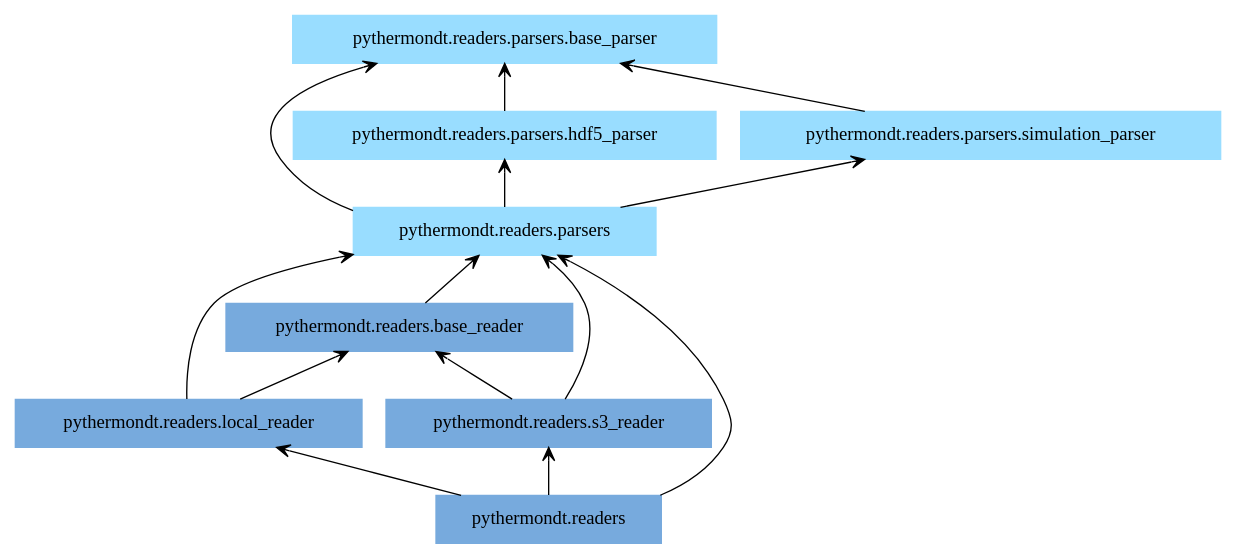
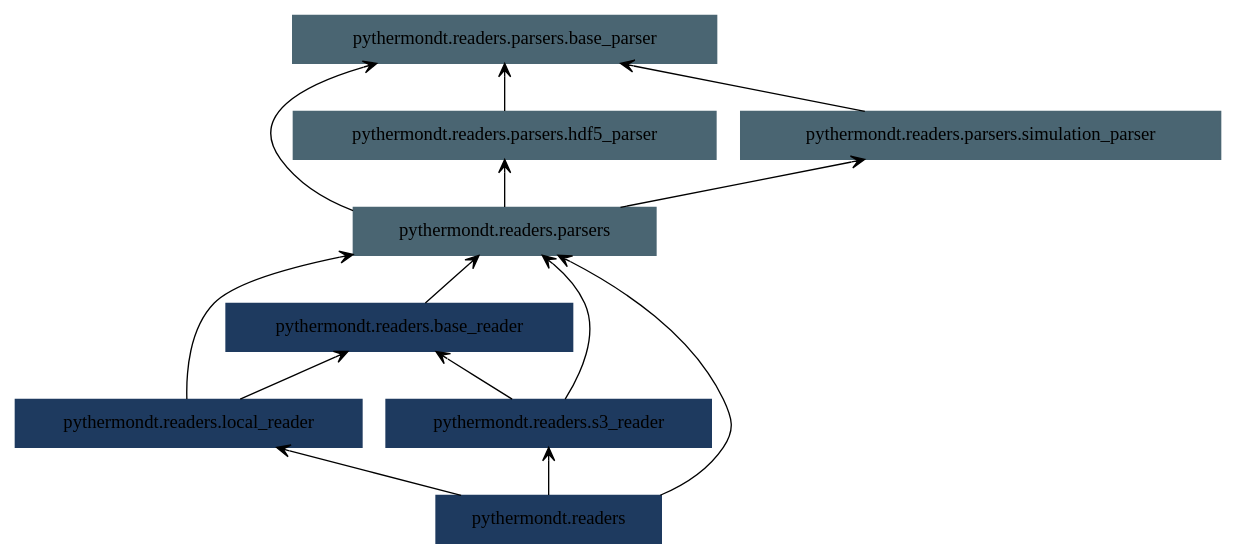
The diagram in docs/pyreverse/packages_pythermondt.readers.gv (voidsy-gmbh/pyThermoNDT), drawn with Graphviz before and after one commit. The commit also changed 25 other files, not shown here.

Commit message:
Update pyreverse diagrams

```diff
--- a/docs/pyreverse/packages_pythermondt.readers.gv
+++ b/docs/pyreverse/packages_pythermondt.readers.gv
@@ -1,25 +1,25 @@
 digraph "packages_pythermondt.readers" {
 rankdir=BT
 charset="utf-8"
-"pythermondt.readers" [color="#77AADD", label=<pythermondt.readers>, shape="box", style="filled"];
-"pythermondt.readers.base_reader" [color="#77AADD", label=<pythermondt.readers.base_reader>, shape="box", style="filled"];
-"pythermondt.readers.local_reader" [color="#77AADD", label=<pythermondt.readers.local_reader>, shape="box", style="filled"];
-"pythermondt.readers.parsers" [color="#99DDFF", label=<pythermondt.readers.parsers>, shape="box", style="filled"];
-"pythermondt.readers.parsers.base_parser" [color="#99DDFF", label=<pythermondt.readers.parsers.base_parser>, shape="box", style="filled"];
-"pythermondt.readers.parsers.hdf5_parser" [color="#99DDFF", label=<pythermondt.readers.parsers.hdf5_parser>, shape="box", style="filled"];
-"pythermondt.readers.parsers.simulation_parser" [color="#99DDFF", label=<pythermondt.readers.parsers.simulation_parser>, shape="box", style="filled"];
-"pythermondt.readers.s3_reader" [color="#77AADD", label=<pythermondt.readers.s3_reader>, shape="box", style="filled"];
+"pythermondt.readers" [color="#1E3A5F", label=<pythermondt.readers>, shape="box", style="filled"];
+"pythermondt.readers.base_reader" [color="#1E3A5F", label=<pythermondt.readers.base_reader>, shape="box", style="filled"];
+"pythermondt.readers.local_reader" [color="#1E3A5F", label=<pythermondt.readers.local_reader>, shape="box", style="filled"];
+"pythermondt.readers.parsers" [color="#4A6572", label=<pythermondt.readers.parsers>, shape="box", style="filled"];
+"pythermondt.readers.parsers.base_parser" [color="#4A6572", label=<pythermondt.readers.parsers.base_parser>, shape="box", style="filled"];
+"pythermondt.readers.parsers.hdf5_parser" [color="#4A6572", label=<pythermondt.readers.parsers.hdf5_parser>, shape="box", style="filled"];
+"pythermondt.readers.parsers.simulation_parser" [color="#4A6572", label=<pythermondt.readers.parsers.simulation_parser>, shape="box", style="filled"];
+"pythermondt.readers.s3_reader" [color="#1E3A5F", label=<pythermondt.readers.s3_reader>, shape="box", style="filled"];
 "pythermondt.readers" -> "pythermondt.readers.local_reader" [arrowhead="open", arrowtail="none"];
 "pythermondt.readers" -> "pythermondt.readers.parsers" [arrowhead="open", arrowtail="none"];
 "pythermondt.readers" -> "pythermondt.readers.s3_reader" [arrowhead="open", arrowtail="none"];
 "pythermondt.readers.base_reader" -> "pythermondt.readers.parsers" [arrowhead="open", arrowtail="none"];
 "pythermondt.readers.local_reader" -> "pythermondt.readers.base_reader" [arrowhead="open", arrowtail="none"];
 "pythermondt.readers.local_reader" -> "pythermondt.readers.parsers" [arrowhead="open", arrowtail="none"];
 "pythermondt.readers.parsers" -> "pythermondt.readers.parsers.base_parser" [arrowhead="open", arrowtail="none"];
 "pythermondt.readers.parsers" -> "pythermondt.readers.parsers.hdf5_parser" [arrowhead="open", arrowtail="none"];
 "pythermondt.readers.parsers" -> "pythermondt.readers.parsers.simulation_parser" [arrowhead="open", arrowtail="none"];
 "pythermondt.readers.parsers.hdf5_parser" -> "pythermondt.readers.parsers.base_parser" [arrowhead="open", arrowtail="none"];
 "pythermondt.readers.parsers.simulation_parser" -> "pythermondt.readers.parsers.base_parser" [arrowhead="open", arrowtail="none"];
 "pythermondt.readers.s3_reader" -> "pythermondt.readers.base_reader" [arrowhead="open", arrowtail="none"];
 "pythermondt.readers.s3_reader" -> "pythermondt.readers.parsers" [arrowhead="open", arrowtail="none"];
 }
```
